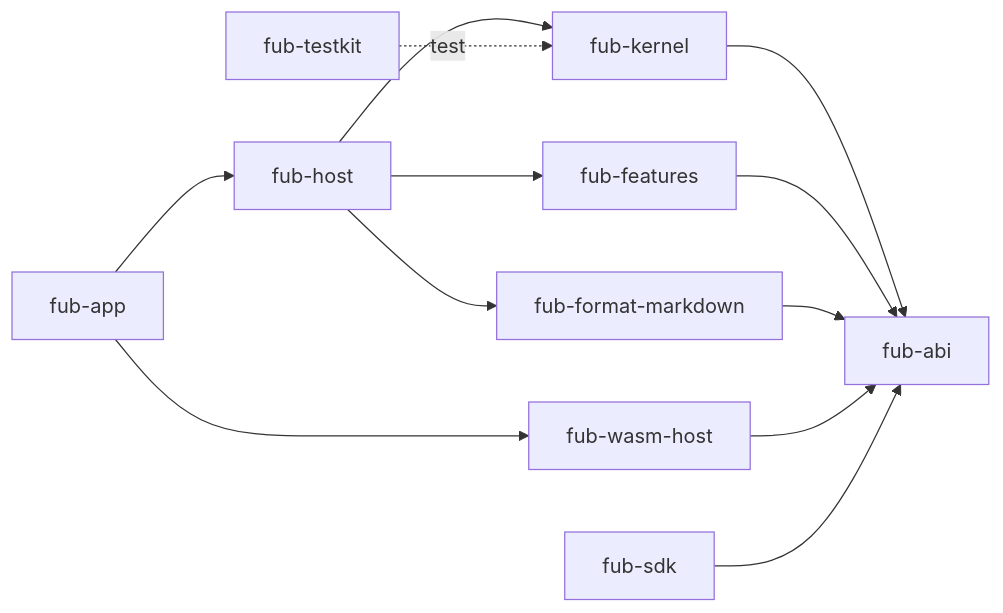
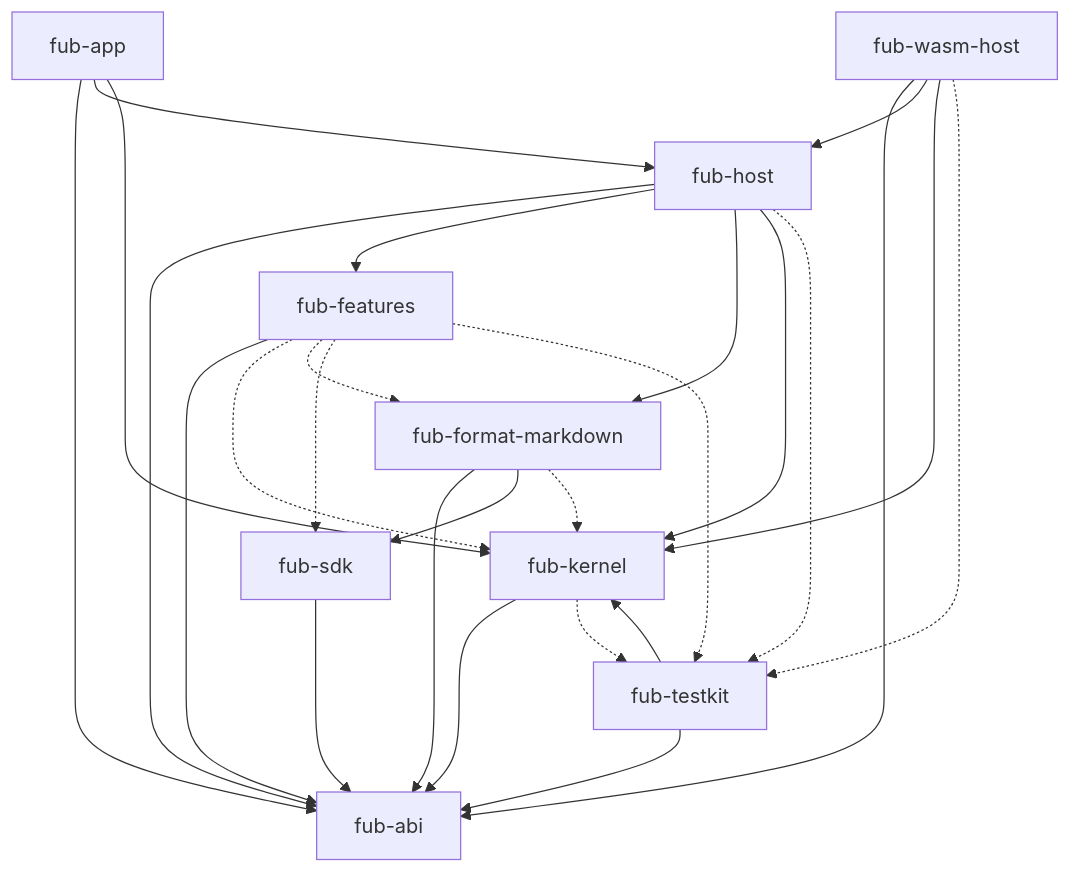
Before and after one commit to Fubeo/Fub: the diagram in docs/architecture/components.md, drawn with Mermaid. The commit also changed other lines of this file, not shown here.

Commit message:
fix(docs): riallinea il grafo verificato dei componenti

````diff
--- a/docs/architecture/components.md
+++ b/docs/architecture/components.md
@@ -23,14 +27,41 @@
 ```mermaid
-flowchart LR
-    App["fub-app"] --> Host["fub-host"]
-    App --> Wasm["fub-wasm-host"]
-    Host --> Kernel["fub-kernel"]
-    Host --> Features["fub-features"]
-    Host --> Markdown["fub-format-markdown"]
-    Kernel --> ABI["fub-abi"]
-    Features --> ABI
-    Markdown --> ABI
-    Wasm --> ABI
-    SDK["fub-sdk"] --> ABI
-    Testkit["fub-testkit"] -. test .-> Kernel
+flowchart TD
+    %% @grafo-dipendenze
+    %% Verificato da crates/fub-abi/tests/dependency_invariant.rs.
+    app["fub-app"]
+    host["fub-host"]
+    features["fub-features"]
+    markdown["fub-format-markdown"]
+    wasmhost["fub-wasm-host"]
+    sdk["fub-sdk"]
+    testkit["fub-testkit"]
+    kernel["fub-kernel"]
+    abi["fub-abi"]
+
+    app --> abi
+    app --> host
+    app --> kernel
+    host --> abi
+    host --> features
+    host --> markdown
+    host --> kernel
+    features --> abi
+    markdown --> abi
+    markdown --> sdk
+    wasmhost --> abi
+    wasmhost --> host
+    wasmhost --> kernel
+    kernel --> abi
+    sdk --> abi
+    testkit --> abi
+    testkit --> kernel
+
+    features -.-> kernel
+    features -.-> markdown
+    features -.-> sdk
+    features -.-> testkit
+    markdown -.-> kernel
+    kernel -.-> testkit
+    host -.-> testkit
+    wasmhost -.-> testkit
 ```
````
